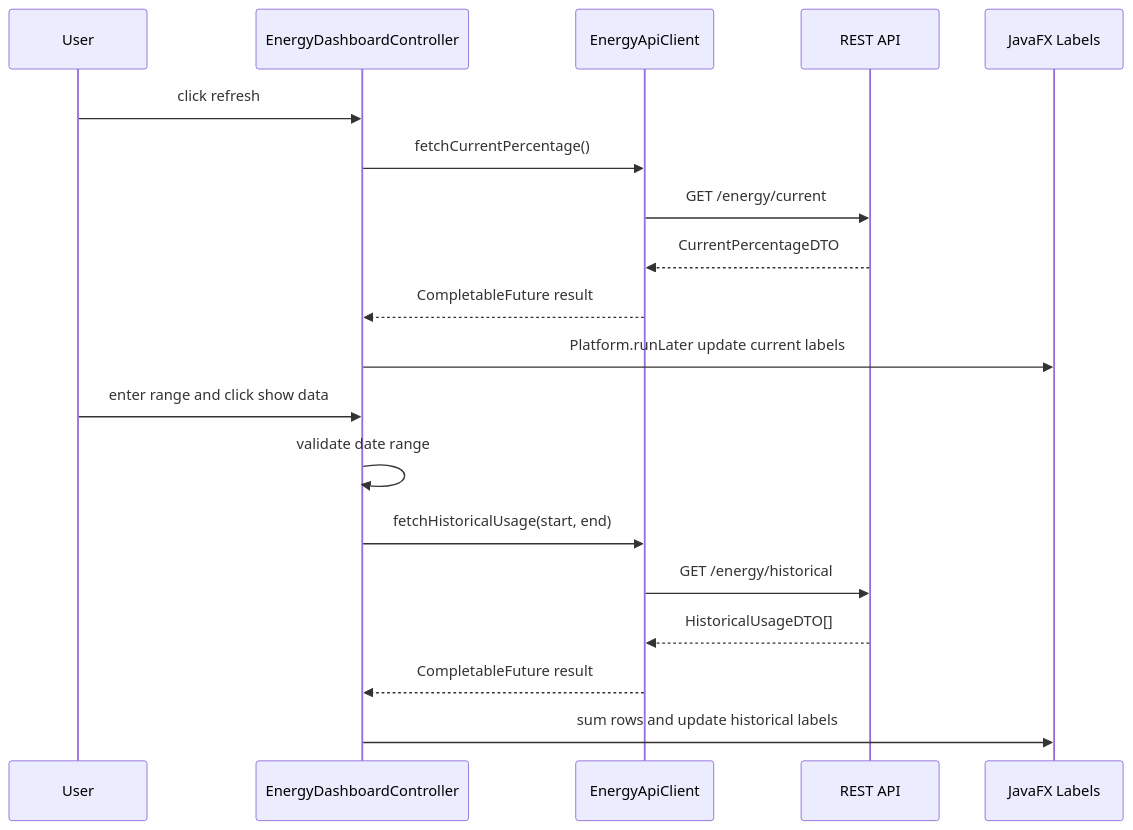
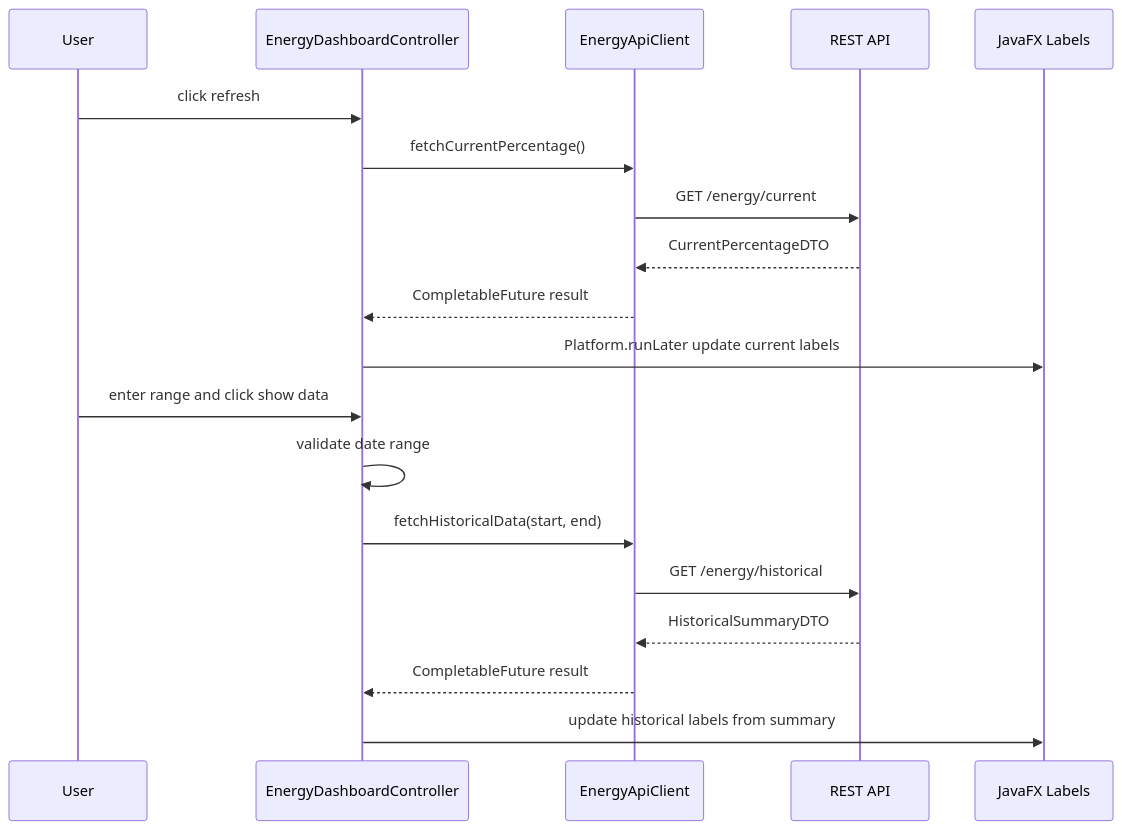
One commit to Dev02Liu/energy_community_project changed the second of 2 diagrams in docs/modules-documentation/energy-gui.md. Above: the diagram before and after it, drawn with Mermaid. The commit also changed other lines of this file and 8 other files, not shown here.

````diff
--- a/docs/modules-documentation/energy-gui.md
+++ b/docs/modules-documentation/energy-gui.md
@@ -86,23 +86,23 @@
 ```mermaid
 sequenceDiagram
     participant U as User
     participant C as EnergyDashboardController
     participant A as EnergyApiClient
     participant R as REST API
     participant UI as JavaFX Labels
 
     U->>C: click refresh
     C->>A: fetchCurrentPercentage()
     A->>R: GET /energy/current
     R-->>A: CurrentPercentageDTO
     A-->>C: CompletableFuture result
     C->>UI: Platform.runLater update current labels
 
     U->>C: enter range and click show data
     C->>C: validate date range
-    C->>A: fetchHistoricalUsage(start, end)
+    C->>A: fetchHistoricalData(start, end)
     A->>R: GET /energy/historical
-    R-->>A: HistoricalUsageDTO[]
+    R-->>A: HistoricalSummaryDTO
     A-->>C: CompletableFuture result
-    C->>UI: sum rows and update historical labels
+    C->>UI: update historical labels from summary
 ```
````
